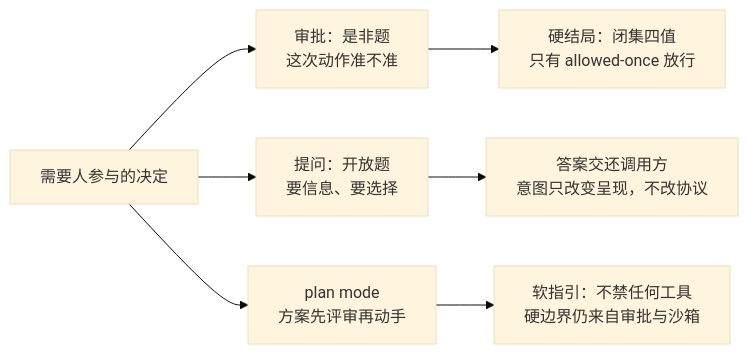
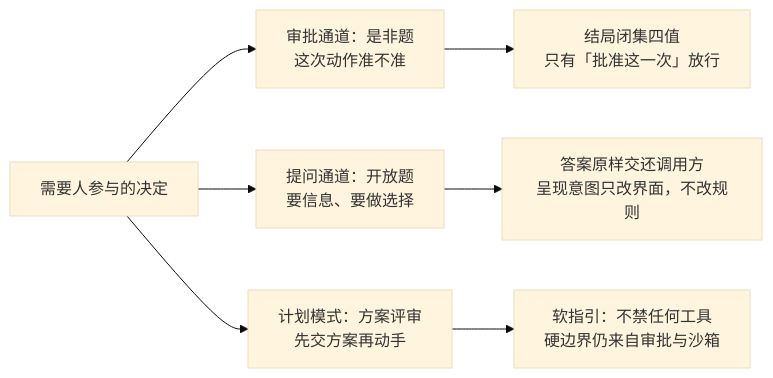
One commit to anthonyzhao-4926/blog changed the first of 2 diagrams in dsh 插件开发学习/22-危险操作的审批通道.md. Above: the diagram before and after it, drawn with Mermaid (base theme). The commit also changed other lines of this file and 38 other files, not shown here.

````diff
--- a/dsh 插件开发学习/22-危险操作的审批通道.md
+++ b/dsh 插件开发学习/22-危险操作的审批通道.md
@@ -46,9 +48,9 @@
 ```mermaid
 flowchart LR
-    H["需要人参与的决定"] --> A["审批：是非题<br/>这次动作准不准"]
-    H --> U["提问：开放题<br/>要信息、要选择"]
-    H --> P["plan mode<br/>方案先评审再动手"]
-    A --> A1["硬结局：闭集四值<br/>只有 allowed-once 放行"]
-    U --> U1["答案交还调用方<br/>意图只改变呈现，不改协议"]
+    H["需要人参与的决定"] --> A["审批通道：是非题<br/>这次动作准不准"]
+    H --> U["提问通道：开放题<br/>要信息、要做选择"]
+    H --> P["计划模式：方案评审<br/>先交方案再动手"]
+    A --> A1["结局闭集四值<br/>只有「批准这一次」放行"]
+    U --> U1["答案原样交还调用方<br/>呈现意图只改界面，不改规则"]
     P --> P1["软指引：不禁任何工具<br/>硬边界仍来自审批与沙箱"]
 ```
````
